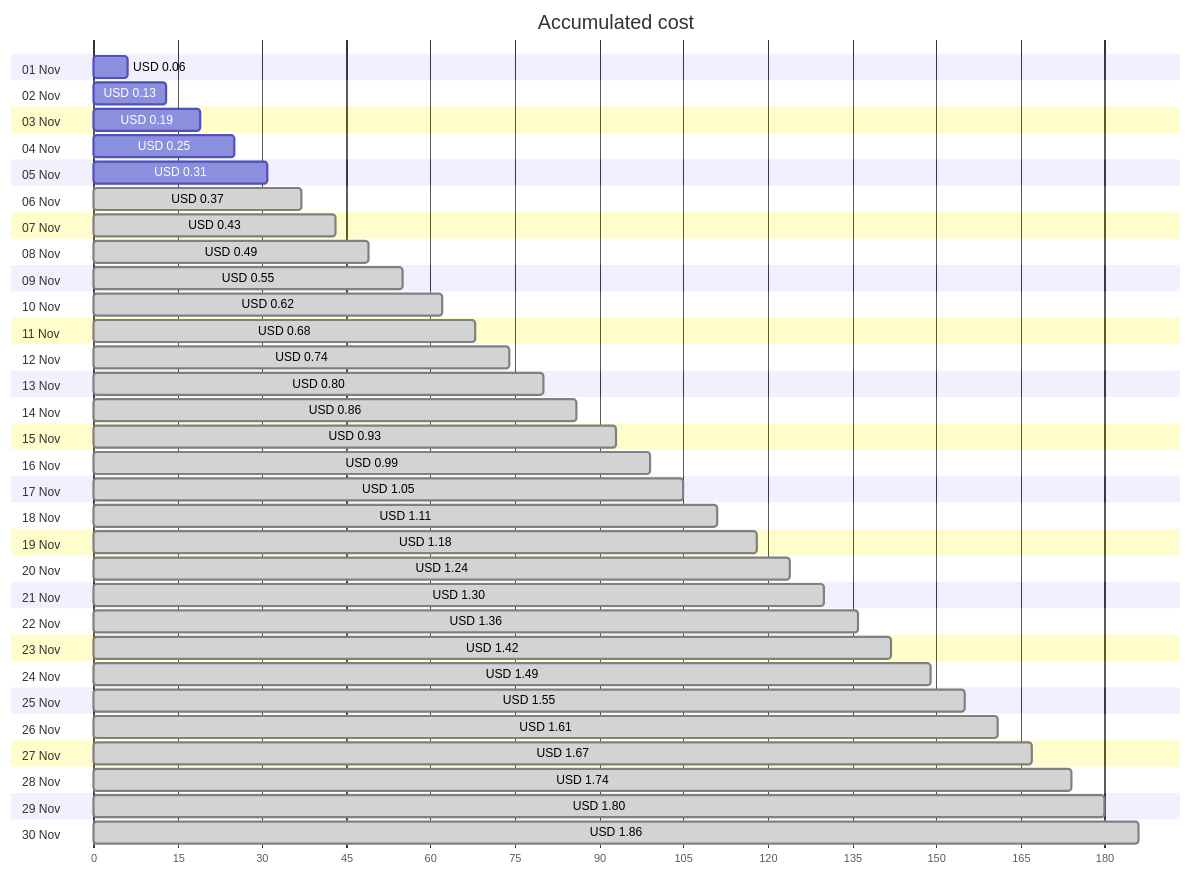
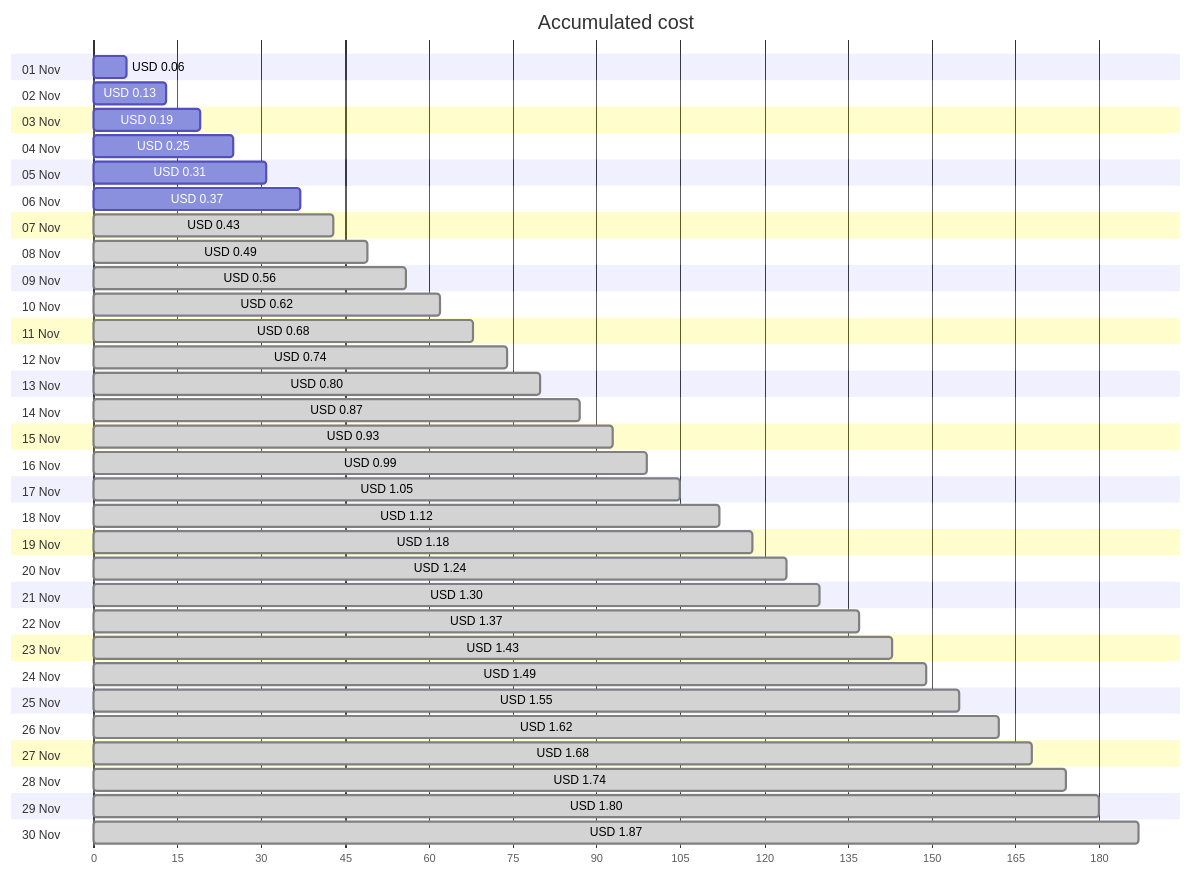
One commit to jpfulton/azure-personal-reports changed the first of 4 diagrams in cost-reports/personal-network/backup-server_OsDisk.md. Above: the diagram before and after it, drawn with Mermaid. The commit also changed other lines of this file and 8 other files, not shown here.

````diff
--- a/cost-reports/personal-network/backup-server_OsDisk.md
+++ b/cost-reports/personal-network/backup-server_OsDisk.md
@@ -20,66 +20,66 @@
 ```mermaid
 gantt
    title Accumulated cost
    dateFormat  X
    axisFormat %s
    section 01 Nov
    USD 0.06 :0, 6
    section 02 Nov
    USD 0.13 :0, 13
    section 03 Nov
    USD 0.19 :0, 19
    section 04 Nov
    USD 0.25 :0, 25
    section 05 Nov
    USD 0.31 :0, 31
    section 06 Nov
-   USD 0.37 : done, 0, 37
+   USD 0.37 :0, 37
    section 07 Nov
    USD 0.43 : done, 0, 43
    section 08 Nov
    USD 0.49 : done, 0, 49
    section 09 Nov
-   USD 0.55 : done, 0, 55
+   USD 0.56 : done, 0, 56
    section 10 Nov
    USD 0.62 : done, 0, 62
    section 11 Nov
    USD 0.68 : done, 0, 68
    section 12 Nov
    USD 0.74 : done, 0, 74
    section 13 Nov
    USD 0.80 : done, 0, 80
    section 14 Nov
-   USD 0.86 : done, 0, 86
+   USD 0.87 : done, 0, 87
    section 15 Nov
    USD 0.93 : done, 0, 93
    section 16 Nov
    USD 0.99 : done, 0, 99
    section 17 Nov
    USD 1.05 : done, 0, 105
    section 18 Nov
-   USD 1.11 : done, 0, 111
+   USD 1.12 : done, 0, 112
    section 19 Nov
    USD 1.18 : done, 0, 118
    section 20 Nov
    USD 1.24 : done, 0, 124
    section 21 Nov
    USD 1.30 : done, 0, 130
    section 22 Nov
-   USD 1.36 : done, 0, 136
+   USD 1.37 : done, 0, 137
    section 23 Nov
-   USD 1.42 : done, 0, 142
+   USD 1.43 : done, 0, 143
    section 24 Nov
    USD 1.49 : done, 0, 149
    section 25 Nov
    USD 1.55 : done, 0, 155
    section 26 Nov
-   USD 1.61 : done, 0, 161
+   USD 1.62 : done, 0, 162
    section 27 Nov
-   USD 1.67 : done, 0, 167
+   USD 1.68 : done, 0, 168
    section 28 Nov
    USD 1.74 : done, 0, 174
    section 29 Nov
    USD 1.80 : done, 0, 180
    section 30 Nov
-   USD 1.86 : done, 0, 186
+   USD 1.87 : done, 0, 187
 ```
````
